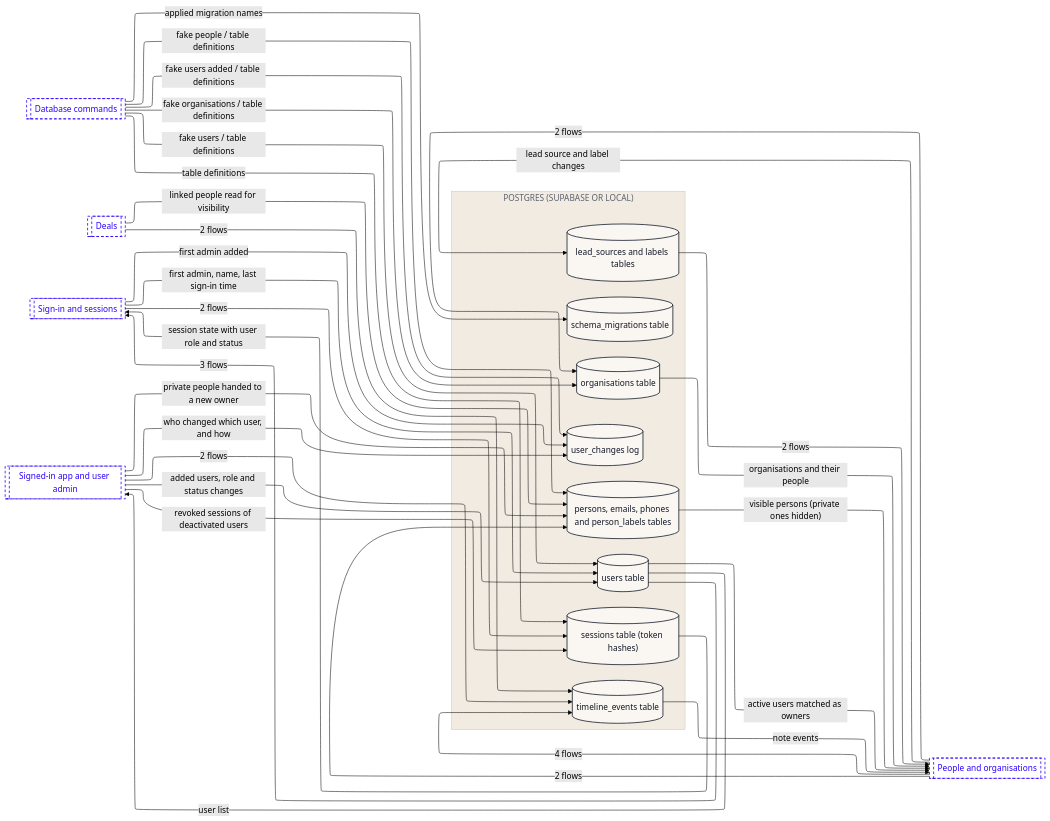
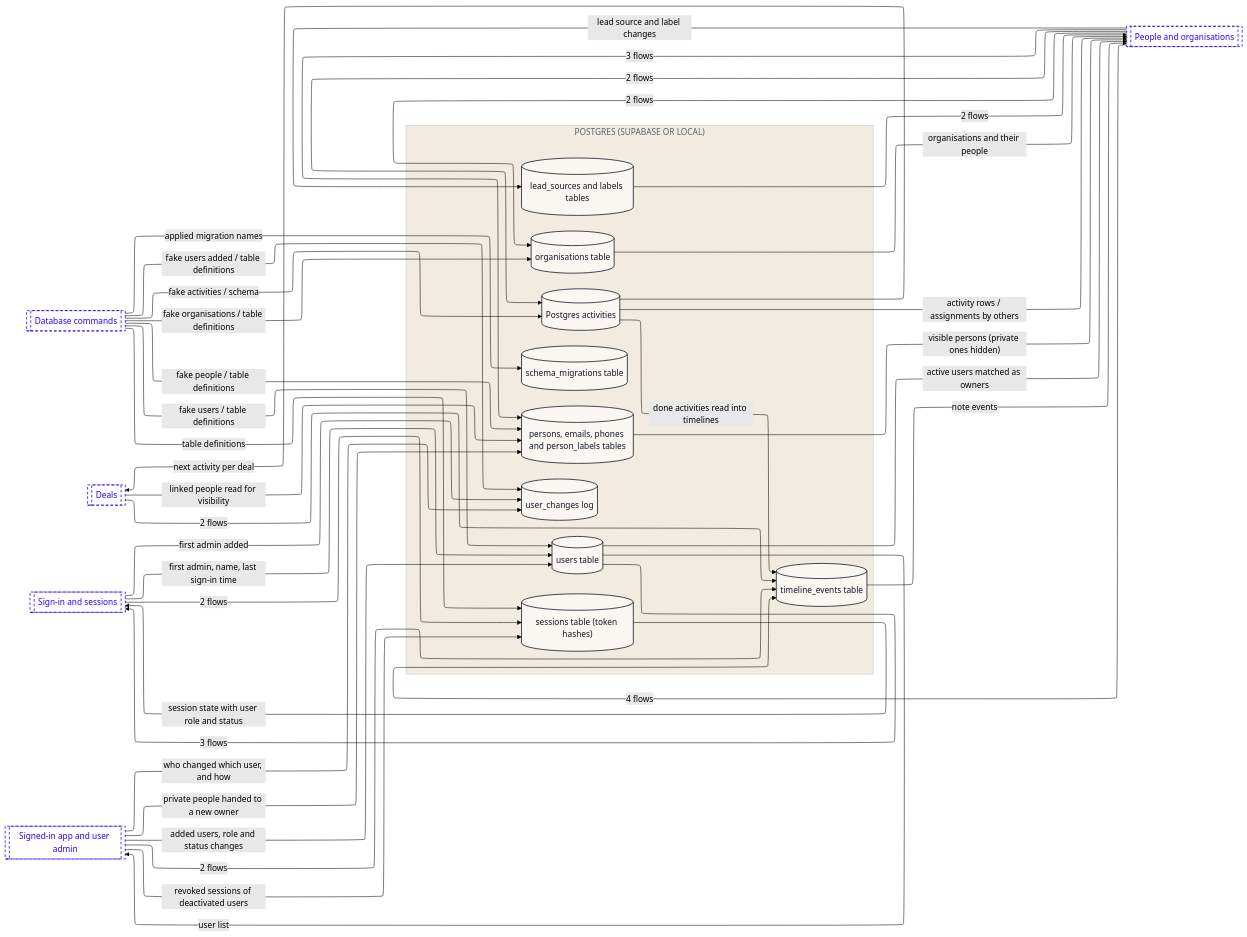
The third of 10 diagrams in dataflow/DATAFLOW.md (Romain-Perche/Barnacle-Pipe), drawn with Mermaid (forest theme) before and after one commit. The commit also changed other lines of this file and 12 other files, not shown here.

````diff
--- a/dataflow/DATAFLOW.md
+++ b/dataflow/DATAFLOW.md
@@ -145,59 +146,65 @@
 ```mermaid
 ---
 config:
   layout: elk
 ---
 flowchart LR
     subgraph z1["POSTGRES (SUPABASE OR LOCAL)"]
-        n1[("lead_sources and labels tables")]
-        n2[("organisations table")]
-        n3[("persons, emails, phones and person_labels tables")]
-        n4[("schema_migrations table")]
-        n5[("sessions table (token hashes)")]
-        n6[("timeline_events table")]
-        n7[("user_changes log")]
-        n8[("users table")]
+        n1[("Postgres activities")]
+        n2[("lead_sources and labels tables")]
+        n3[("organisations table")]
+        n4[("persons, emails, phones and person_labels tables")]
+        n5[("schema_migrations table")]
+        n6[("sessions table (token hashes)")]
+        n7[("timeline_events table")]
+        n8[("user_changes log")]
+        n9[("users table")]
     end
-    n9[["Database commands"]]
-    n10[["Deals"]]
-    n11[["People and organisations"]]
-    n12[["Sign-in and sessions"]]
-    n13[["Signed-in app and user admin"]]
-    n11 -->|"lead source and label changes"| n1
-    n1 -->|"2 flows"| n11
-    n12 -->|"2 flows"| n5
-    n12 -->|"first admin added"| n7
-    n12 -->|"first admin, name, last sign-in time"| n8
-    n11 -->|"2 flows"| n2
-    n11 -->|"2 flows"| n3
-    n11 -->|"4 flows"| n6
-    n10 -->|"linked people read for visibility"| n3
-    n10 -->|"2 flows"| n6
-    n9 -->|"fake organisations / table definitions"| n2
-    n9 -->|"fake people / table definitions"| n3
-    n9 -->|"applied migration names"| n4
-    n9 -->|"table definitions"| n5
-    n9 -->|"fake users added / table definitions"| n7
-    n9 -->|"fake users / table definitions"| n8
-    n2 -->|"organisations and their people"| n11
-    n3 -->|"visible persons (private ones hidden)"| n11
-    n5 -->|"session state with user role and status"| n12
-    n6 -->|"note events"| n11
-    n13 -->|"private people handed to a new owner"| n3
-    n13 -->|"revoked sessions of deactivated users"| n5
+    n10[["Database commands"]]
+    n11[["Deals"]]
+    n12[["People and organisations"]]
+    n13[["Sign-in and sessions"]]
+    n14[["Signed-in app and user admin"]]
+    n12 -->|"2 flows"| n1
+    n12 -->|"3 flows"| n4
+    n1 -->|"activity rows / assignments by others"| n12
+    n1 -->|"next activity per deal"| n11
+    n1 -->|"done activities read into timelines"| n7
+    n12 -->|"lead source and label changes"| n2
+    n2 -->|"2 flows"| n12
     n13 -->|"2 flows"| n6
-    n13 -->|"who changed which user, and how"| n7
-    n13 -->|"added users, role and status changes"| n8
-    n8 -->|"3 flows"| n12
-    n8 -->|"active users matched as owners"| n11
-    n8 -->|"user list"| n13
+    n13 -->|"first admin added"| n8
+    n13 -->|"first admin, name, last sign-in time"| n9
+    n12 -->|"2 flows"| n3
+    n12 -->|"4 flows"| n7
+    n11 -->|"linked people read for visibility"| n4
+    n11 -->|"2 flows"| n7
+    n10 -->|"fake activities / schema"| n1
+    n10 -->|"fake organisations / table definitions"| n3
+    n10 -->|"fake people / table definitions"| n4
+    n10 -->|"applied migration names"| n5
+    n10 -->|"table definitions"| n6
+    n10 -->|"fake users added / table definitions"| n8
+    n10 -->|"fake users / table definitions"| n9
+    n3 -->|"organisations and their people"| n12
+    n4 -->|"visible persons (private ones hidden)"| n12
+    n6 -->|"session state with user role and status"| n13
+    n7 -->|"note events"| n12
+    n14 -->|"private people handed to a new owner"| n4
+    n14 -->|"revoked sessions of deactivated users"| n6
+    n14 -->|"2 flows"| n7
+    n14 -->|"who changed which user, and how"| n8
+    n14 -->|"added users, role and status changes"| n9
+    n9 -->|"3 flows"| n13
+    n9 -->|"active users matched as owners"| n12
+    n9 -->|"user list"| n14
     classDef actor fill:#FFFFFF,stroke:#111827,stroke-width:1px,color:#111827
     classDef process fill:#EDEAFF,stroke:#2B00FF,stroke-width:1.5px,color:#111827
     classDef store fill:#FAF6F1,stroke:#111827,stroke-width:1.5px,color:#111827
     classDef zone fill:#1A1A1A,stroke:#1A1A1A,color:#FFFFFF
     classDef group fill:#2B00FF,stroke:#2B00FF,color:#FFFFFF
     classDef stub fill:#FFFFFF,stroke:#2B00FF,stroke-width:1.5px,stroke-dasharray:5 4,color:#2B00FF
-    class n1,n2,n3,n4,n5,n6,n7,n8 store
-    class n9,n10,n11,n12,n13 stub
+    class n1,n2,n3,n4,n5,n6,n7,n8,n9 store
+    class n10,n11,n12,n13,n14 stub
     style z1 fill:#F1EBE2,stroke:#CFC7BB,color:#5D6270
 ```
````
